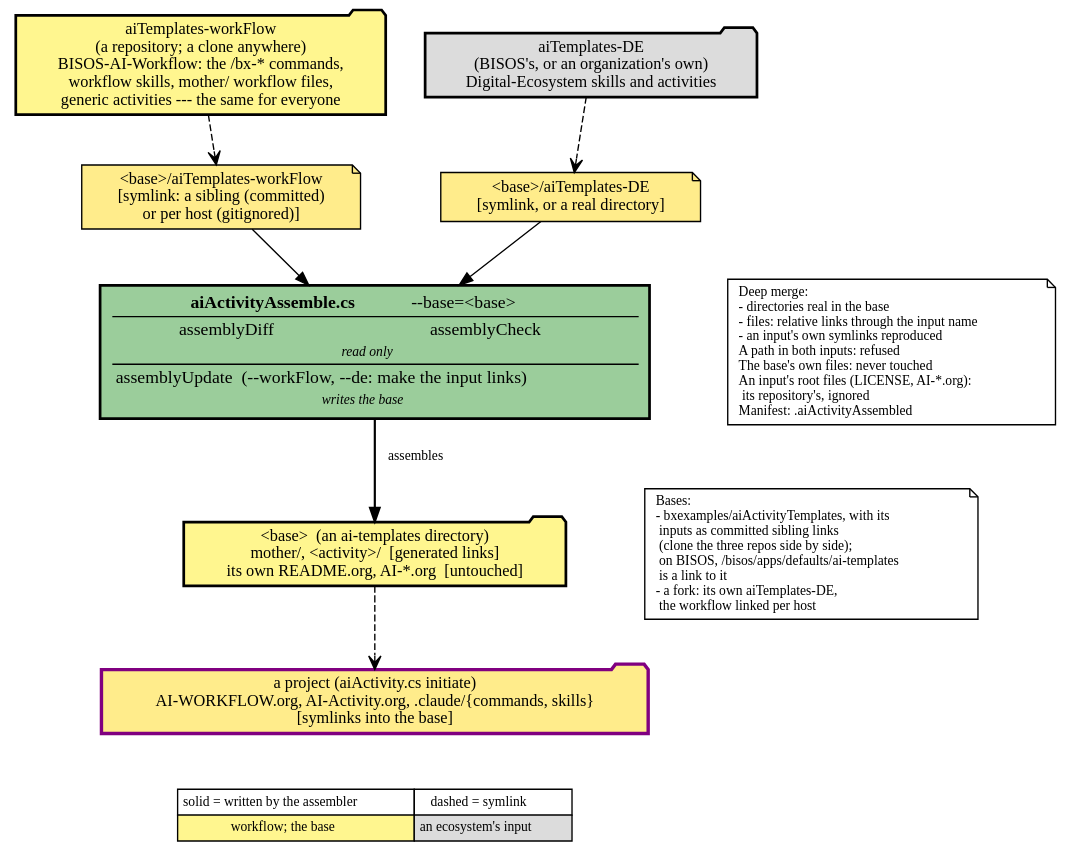
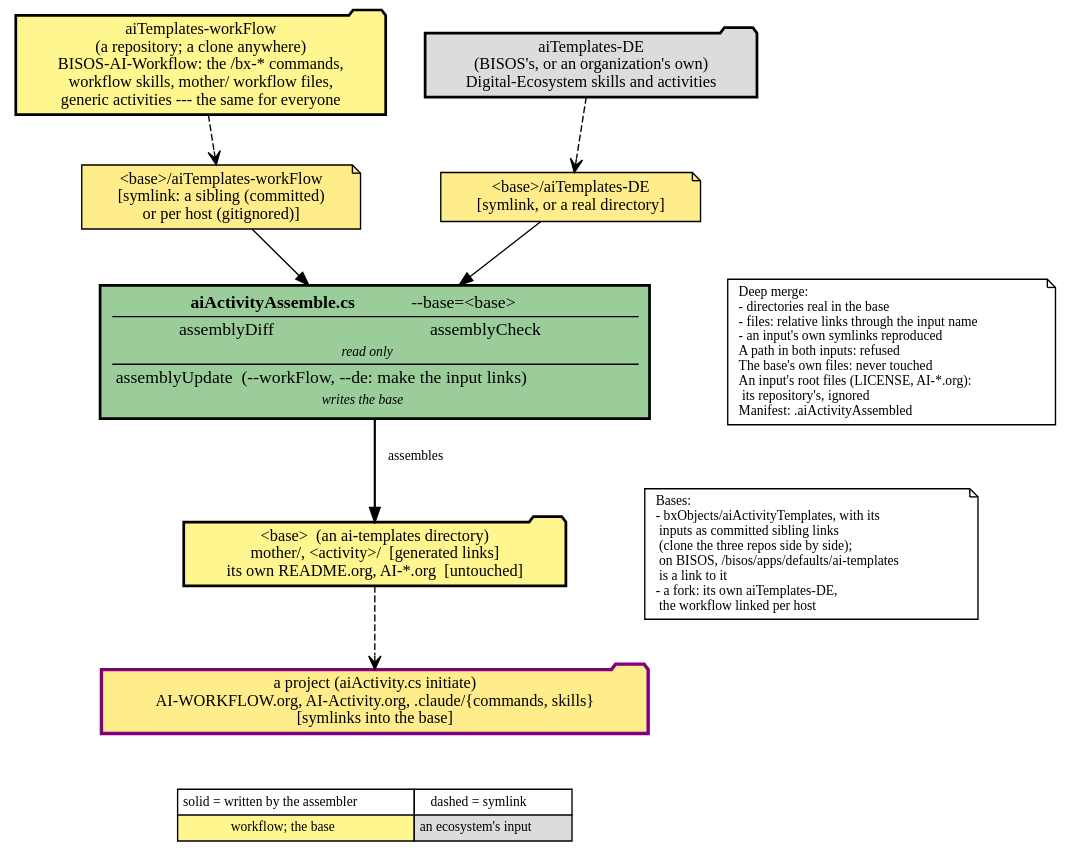
The diagram in py3/images/aiActivityAssembleFlow.gv (bisos-pip/aiActivity), drawn with Graphviz before and after one commit. The commit also changed 63 other files, not shown here.

```diff
--- a/py3/images/aiActivityAssembleFlow.gv
+++ b/py3/images/aiActivityAssembleFlow.gv
@@ -1,48 +1,48 @@
 digraph {
 	nodesep=0.4 rankdir=TB ranksep=0.5
 	node [fontsize=12]
 	{
 		rank=same
 		in_wf [label="aiTemplates-workFlow
 (a repository; a clone anywhere)
 BISOS-AI-Workflow: the /bx-* commands,
 workflow skills, mother/ workflow files,
 generic activities --- the same for everyone" fillcolor=khaki1 shape=folder style="filled,bold"]
 		in_de [label="aiTemplates-DE
 (BISOS's, or an organization's own)
 Digital-Ecosystem skills and activities" fillcolor=gainsboro shape=folder style="filled,bold"]
 	}
 	{
 		rank=same
 		slot_wf [label="<base>/aiTemplates-workFlow
 [symlink: a sibling (committed)
 or per host (gitignored)]" fillcolor=lightgoldenrod1 shape=note style=filled]
 		slot_de [label="<base>/aiTemplates-DE
 [symlink, or a real directory]" fillcolor=lightgoldenrod1 shape=note style=filled]
 	}
 	in_wf -> slot_wf [arrowhead=vee style=dashed]
 	in_de -> slot_de [arrowhead=vee style=dashed]
 	{
 		rank=same
 		engine [label=<<TABLE BORDER="0" CELLBORDER="0" CELLSPACING="1"><TR><TD COLSPAN="2"><B>aiActivityAssemble.cs</B>  --base=&lt;base&gt;</TD></TR><HR/><TR><TD>assemblyDiff</TD><TD>assemblyCheck</TD></TR><TR><TD COLSPAN="2"><FONT POINT-SIZE="10"><I>read only</I></FONT></TD></TR><HR/><TR><TD COLSPAN="2">assemblyUpdate  (--workFlow, --de: make the input links)</TD></TR><TR><TD COLSPAN="2"><FONT POINT-SIZE="10"><I>writes the base</I></FONT></TD></TR></TABLE>> fillcolor=darkseagreen3 fontsize=13 shape=rectangle style="filled,bold"]
 		rules [label="Deep merge:\l- directories real in the base\l- files: relative links through the input name\l- an input's own symlinks reproduced\lA path in both inputs: refused\lThe base's own files: never touched\lAn input's root files (LICENSE, AI-*.org):\l  its repository's, ignored\lManifest: .aiActivityAssembled\l" fillcolor=white fontsize=10 shape=note style=filled]
 	}
 	engine -> rules [style=invis]
 	slot_wf -> engine
 	slot_de -> engine
 	{
 		rank=same
 		base [label="<base>  (an ai-templates directory)
 mother/, <activity>/  [generated links]
 its own README.org, AI-*.org  [untouched]" fillcolor=khaki1 shape=folder style="filled,bold"]
-		bases [label="Bases:\l- bxexamples/aiActivityTemplates, with its\l  inputs as committed sibling links\l  (clone the three repos side by side);\l  on BISOS, /bisos/apps/defaults/ai-templates\l  is a link to it\l- a fork: its own aiTemplates-DE,\l  the workflow linked per host\l" fillcolor=white fontsize=10 shape=note style=filled]
+		bases [label="Bases:\l- bxObjects/aiActivityTemplates, with its\l  inputs as committed sibling links\l  (clone the three repos side by side);\l  on BISOS, /bisos/apps/defaults/ai-templates\l  is a link to it\l- a fork: its own aiTemplates-DE,\l  the workflow linked per host\l" fillcolor=white fontsize=10 shape=note style=filled]
 	}
 	base -> bases [style=invis]
 	engine -> base [label=" assembles " fontsize=10 penwidth=1.6]
 	proj [label="a project (aiActivity.cs initiate)
 AI-WORKFLOW.org, AI-Activity.org, .claude/{commands, skills}
 [symlinks into the base]" color=purple fillcolor=lightgoldenrod1 penwidth=2.5 shape=folder style=filled]
 	base -> proj [arrowhead=vee style=dashed]
 	legend [label=<<TABLE BORDER="0" CELLBORDER="1" CELLSPACING="0" CELLPADDING="3"><TR><TD>solid = written by the assembler</TD><TD>dashed = symlink</TD></TR><TR><TD BGCOLOR="khaki1">workflow; the base</TD><TD BGCOLOR="gainsboro">an ecosystem's input</TD></TR></TABLE>> fontsize=10 shape=plaintext]
 	proj -> legend [style=invis]
 }
```
